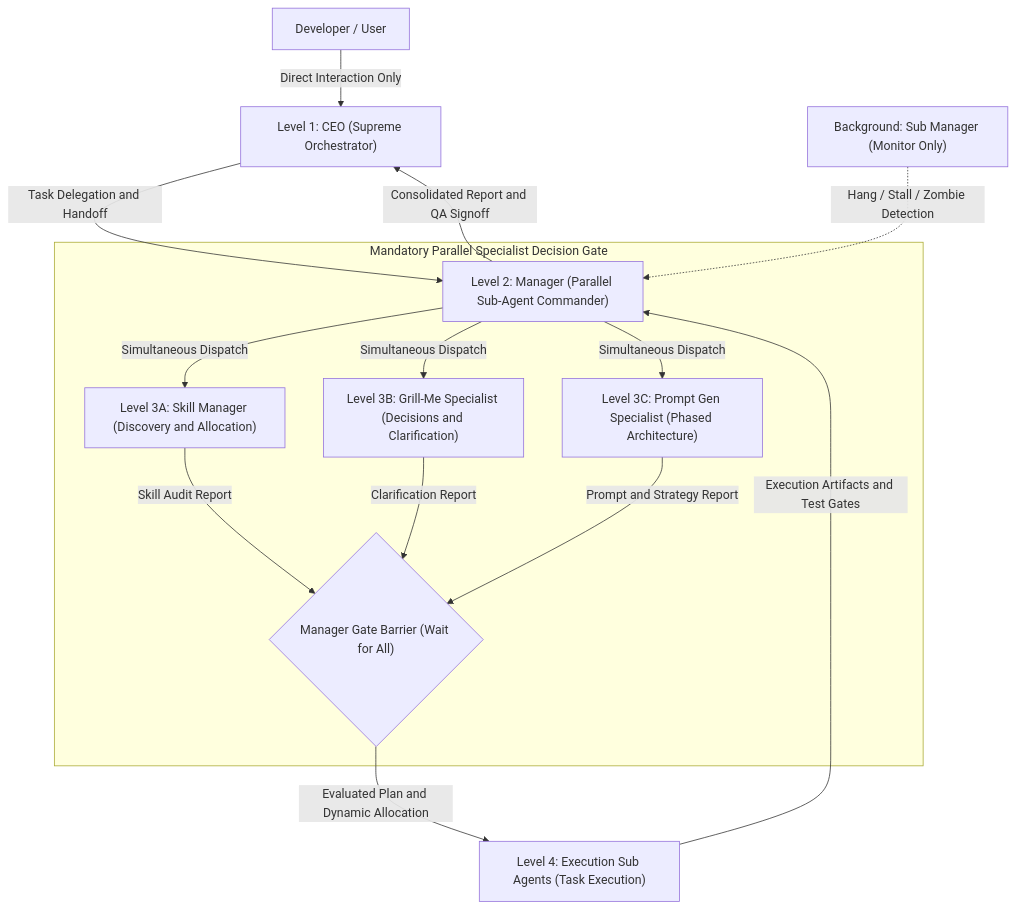
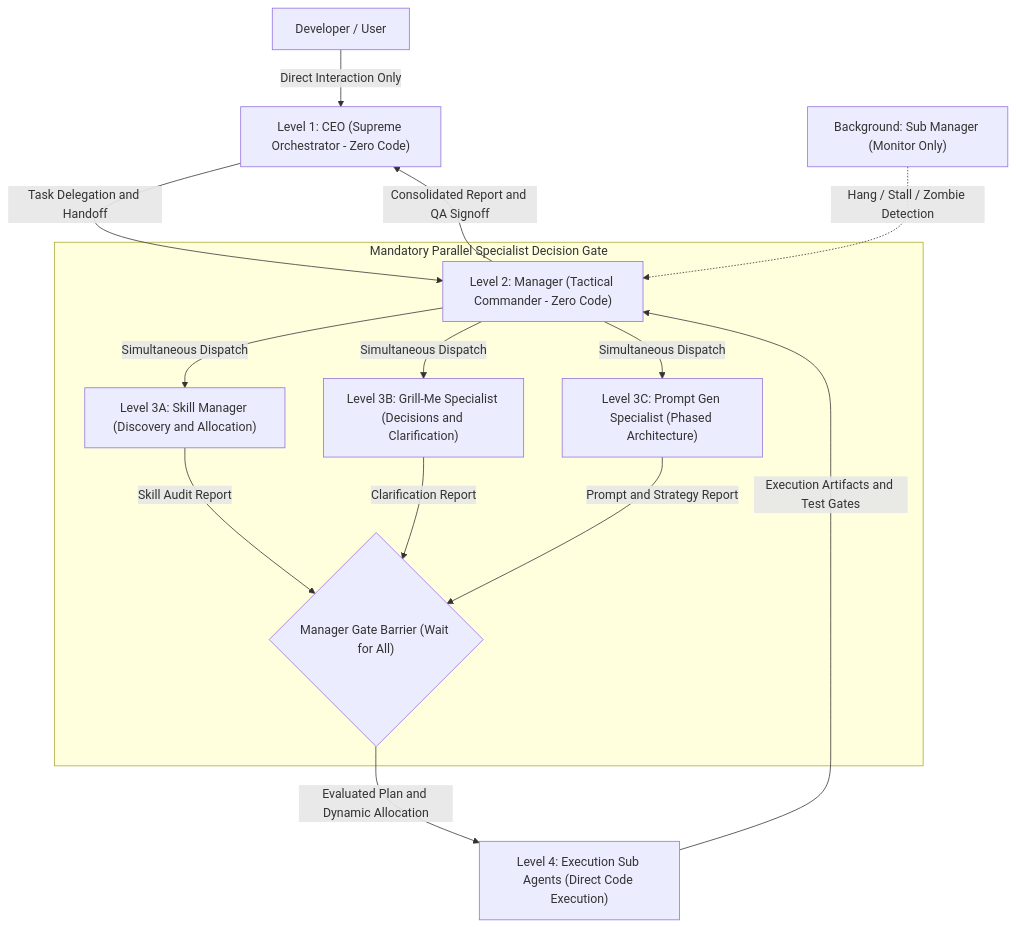
The first of 3 diagrams in .agents/rules/architecture_recommendation.md (aiprincekumar/Interactive-Cursor-Tracking-Portfolio), drawn with Mermaid before and after one commit. The commit also changed other lines of this file and 3 other files, not shown here.

Commit message:
feat(rules): formalize Level 2 Manager Zero-Code Hard Lock and 4-Level Command Hierarchy delegation blueprint

````diff
--- a/.agents/rules/architecture_recommendation.md
+++ b/.agents/rules/architecture_recommendation.md
@@ -16,19 +16,19 @@
 ```mermaid
 flowchart TD
-    User["Developer / User"] -->|Direct Interaction Only| CEO["Level 1: CEO (Supreme Orchestrator)"]
-    CEO -->|Task Delegation and Handoff| Manager["Level 2: Manager (Parallel Sub-Agent Commander)"]
+    User["Developer / User"] -->|Direct Interaction Only| CEO["Level 1: CEO (Supreme Orchestrator - Zero Code)"]
+    CEO -->|Task Delegation and Handoff| Manager["Level 2: Manager (Tactical Commander - Zero Code)"]
     
     subgraph ParallelSpecialistGate ["Mandatory Parallel Specialist Decision Gate"]
         Manager -->|Simultaneous Dispatch| SkillMgr["Level 3A: Skill Manager (Discovery and Allocation)"]
         Manager -->|Simultaneous Dispatch| GrillMe["Level 3B: Grill-Me Specialist (Decisions and Clarification)"]
         Manager -->|Simultaneous Dispatch| PromptGen["Level 3C: Prompt Gen Specialist (Phased Architecture)"]
         SkillMgr -->|Skill Audit Report| GateBarrier{"Manager Gate Barrier (Wait for All)"}
         GrillMe -->|Clarification Report| GateBarrier
         PromptGen -->|Prompt and Strategy Report| GateBarrier
     end
     
-    GateBarrier -->|Evaluated Plan and Dynamic Allocation| SubAgents["Level 4: Execution Sub Agents (Task Execution)"]
+    GateBarrier -->|Evaluated Plan and Dynamic Allocation| SubAgents["Level 4: Execution Sub Agents (Direct Code Execution)"]
     SubManager["Background: Sub Manager (Monitor Only)"] -.->|Hang / Stall / Zombie Detection| Manager
     SubAgents -->|Execution Artifacts and Test Gates| Manager
     Manager -->|Consolidated Report and QA Signoff| CEO
 ```
````
